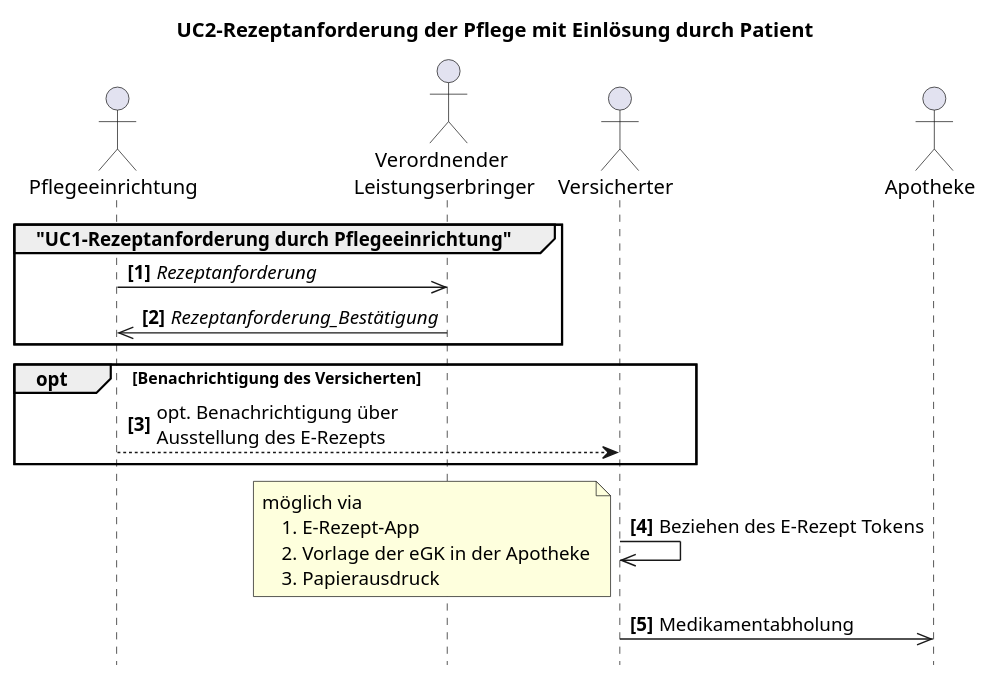
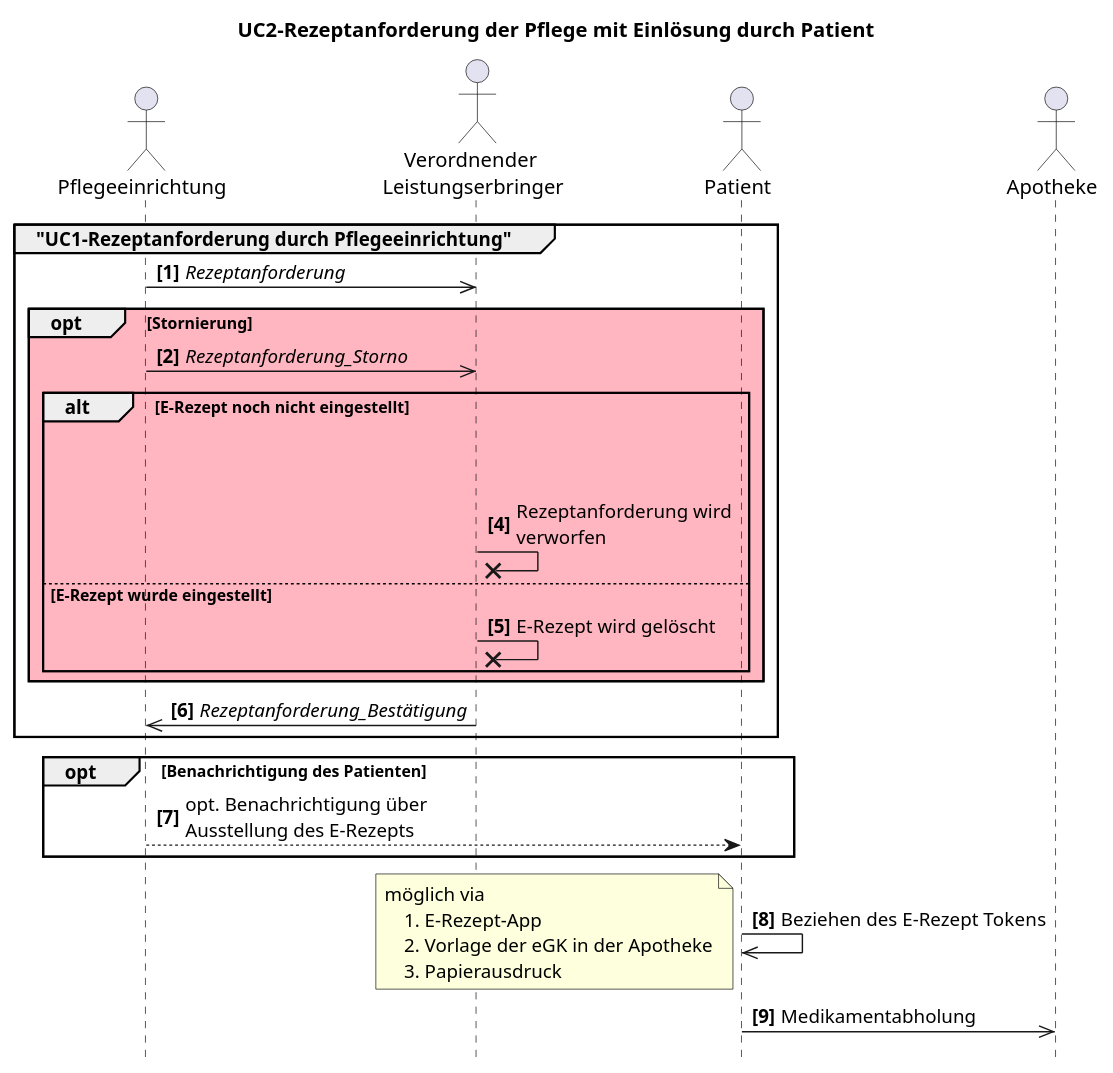
One commit to gematik/spec-E-Rezept-ServiceRequest changed the diagram in Resources/puml/gemF_eRp_KIM/UC2-rezeptanforderung-pflege-versicherteninvolvierung.puml. Above: the diagram before and after it, drawn with PlantUML. The commit also changed 2 other files, not shown here.

```diff
--- a/Resources/puml/gemF_eRp_KIM/UC2-rezeptanforderung-pflege-versicherteninvolvierung.puml
+++ b/Resources/puml/gemF_eRp_KIM/UC2-rezeptanforderung-pflege-versicherteninvolvierung.puml
@@ -1,34 +1,45 @@
-@startuml name = "UC2-Rezeptanforderung-Versicherteninvolvierung"
+@startuml name = "UC2-Rezeptanforderung-Patienteninvolvierung"
 
 
 skinparam maxMessageSize 200
 
 actor "Pflegeeinrichtung" as Pflegeeinrichtung
 actor "Verordnender \nLeistungserbringer" as Arztpraxis
-actor Versicherter
+actor Patient
 actor Apotheke
 
 title UC2-Rezeptanforderung der Pflege mit Einlösung durch Patient
 hide footbox
 autonumber "<b>[0]"
 
 group "UC1-Rezeptanforderung durch Pflegeeinrichtung"
 Pflegeeinrichtung ->> Arztpraxis: //Rezeptanforderung//
+
+    opt #LightPink Stornierung
+        Pflegeeinrichtung ->> Arztpraxis: //Rezeptanforderung_Storno//
+        alt #LightPink E-Rezept noch nicht eingestellt
+        Pflegeeinrichtung -[hidden]-> Arztpraxis: Rezeptanforderung wird verworfen
+            Arztpraxis ->x Arztpraxis: Rezeptanforderung wird verworfen
+        else #LightPink E-Rezept wurde eingestellt
+            Arztpraxis ->x Arztpraxis: E-Rezept wird gelöscht
+        end
+    end
+
 Arztpraxis ->> Pflegeeinrichtung: //Rezeptanforderung_Bestätigung//
 end
 
-opt Benachrichtigung des Versicherten
-    Pflegeeinrichtung --> Versicherter: opt. Benachrichtigung über Ausstellung des E-Rezepts
+opt Benachrichtigung des Patienten
+    Pflegeeinrichtung --> Patient: opt. Benachrichtigung über Ausstellung des E-Rezepts
 end
 
-Versicherter ->> Versicherter: Beziehen des E-Rezept Tokens
+Patient ->> Patient: Beziehen des E-Rezept Tokens
 
 note left
     möglich via
         1. E-Rezept-App
         2. Vorlage der eGK in der Apotheke
         3. Papierausdruck
 end note
 
-Versicherter ->> Apotheke: Medikamentabholung
+Patient ->> Apotheke: Medikamentabholung
 @enduml
```
